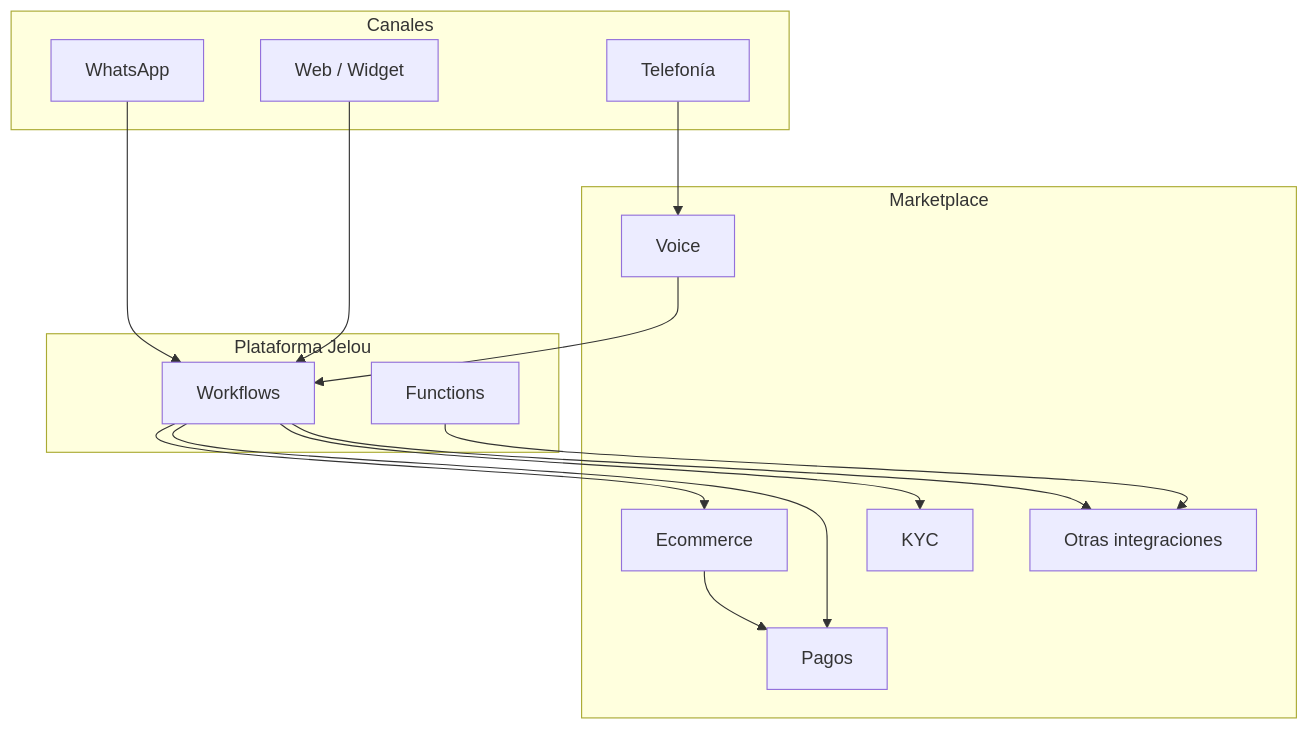
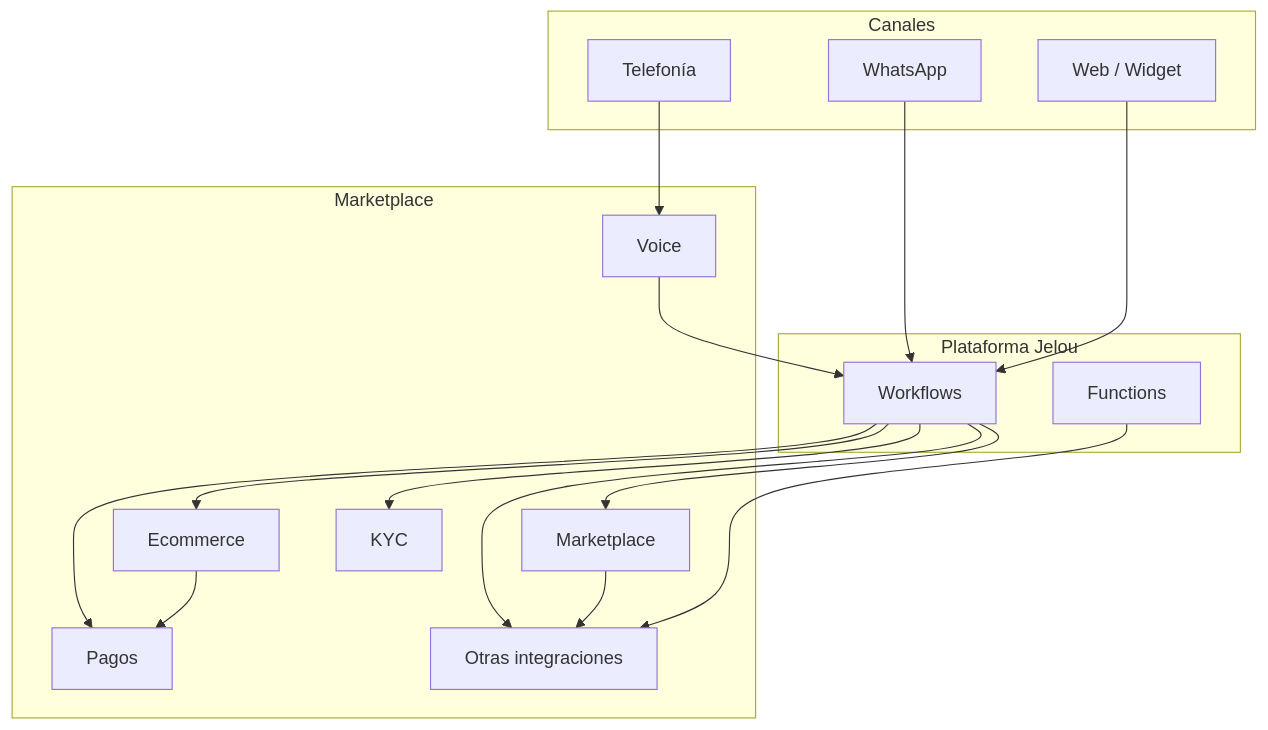
Before and after one commit to AndresOntiverosJelou/docs: the diagram in arquitectura.mdx, drawn with Mermaid. The commit also changed 4 other files, not shown here.

````diff
--- a/arquitectura.mdx
+++ b/arquitectura.mdx
@@ -9,31 +9,34 @@
 ```mermaid
 flowchart TB
   subgraph Canales
     WA[WhatsApp]
     Web[Web / Widget]
     Tel[Telefonía]
   end
 
   subgraph Plataforma Jelou
     WF[Workflows]
     Fn[Functions]
   end
 
   subgraph Marketplace
+    Mkt[Marketplace]
     Shop[Ecommerce]
     Pay[Pagos]
     KYC[KYC]
     Voice[Voice]
     Int[Otras integraciones]
   end
 
   WA --> WF
   Web --> WF
   Tel --> Voice --> WF
   WF --> Shop
   WF --> Pay
   WF --> KYC
   WF --> Int
+  WF --> Mkt
+  Mkt --> Int
   Shop --> Pay
   Fn --> Int
 ```
````
